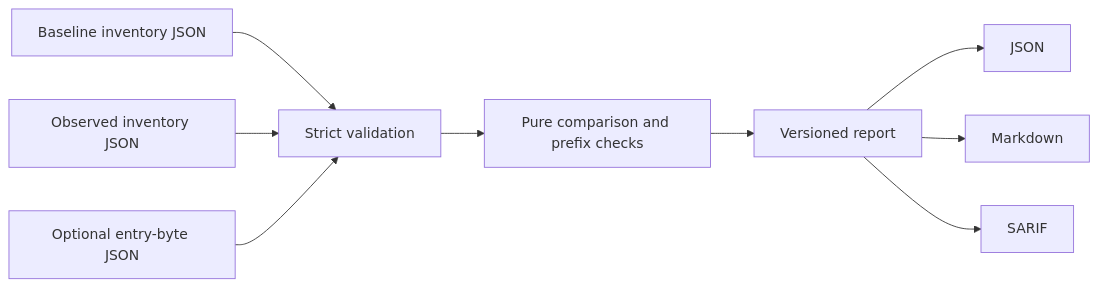
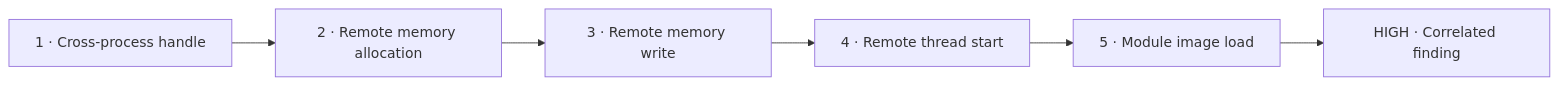
Before and after one commit to RubenSanosh/DLL-Injection-Lab: the diagram in README.md, drawn with Mermaid. The commit also changed other lines of this file and 27 other files, not shown here.

````diff
--- a/README.md
+++ b/README.md
@@ -136,11 +77,8 @@
 ```mermaid
 flowchart LR
-  A["Baseline inventory JSON"] --> C["Strict validation"]
-  B["Observed inventory JSON"] --> C
-  D["Optional entry-byte JSON"] --> C
-  C --> E["Pure comparison and prefix checks"]
-  E --> F["Versioned report"]
-  F --> G["JSON"]
-  F --> H["Markdown"]
-  F --> I["SARIF"]
+  A["1 · Cross-process handle"] --> B["2 · Remote memory allocation"]
+  B --> C["3 · Remote memory write"]
+  C --> D["4 · Remote thread start"]
+  D --> E["5 · Module image load"]
+  E --> F["HIGH · Correlated finding"]
 ```
````
